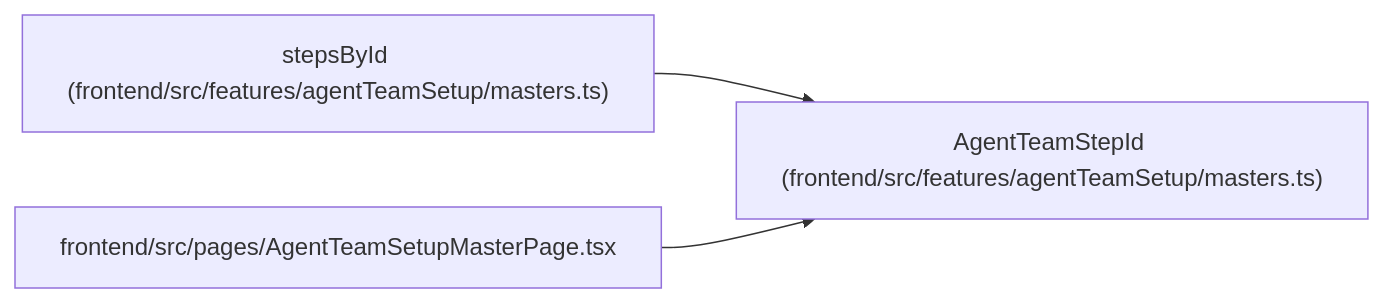
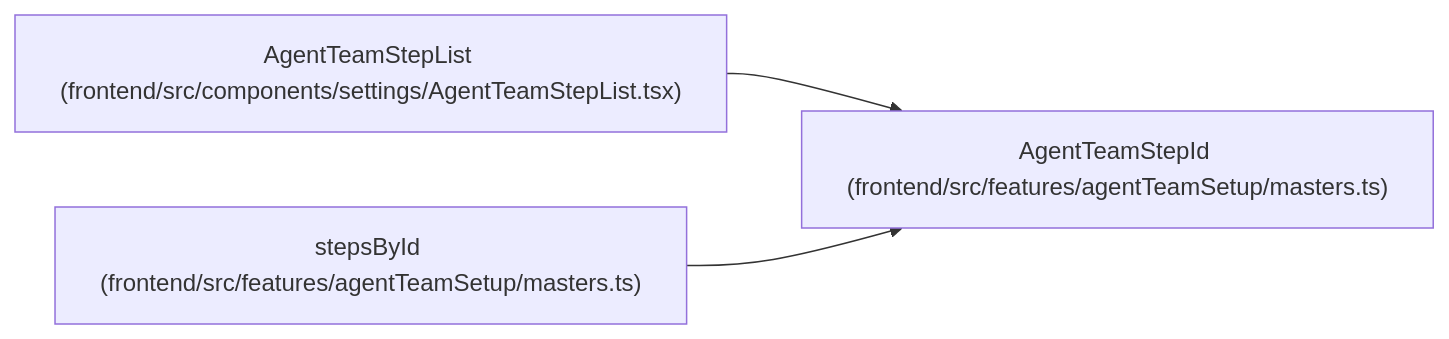
Before and after one commit to Denissvgn/WorkChord: the diagram in docs/llm_wiki/entities/AgentTeamStepId.md, drawn with Mermaid. The commit also changed other lines of this file and 2509 other files, not shown here.

````diff
--- a/docs/llm_wiki/entities/AgentTeamStepId.md
+++ b/docs/llm_wiki/entities/AgentTeamStepId.md
@@ -23,11 +23,11 @@
 ```mermaid
 flowchart LR
     n0["AgentTeamStepId (frontend/src/features/agentTeamSetup/masters.ts)"]
-    n1["stepsById (frontend/src/features/agentTeamSetup/masters.ts)"]
-    n2["frontend/src/pages/AgentTeamSetupMasterPage.tsx"]
+    n1["AgentTeamStepList (frontend/src/components/settings/AgentTeamStepList.tsx)"]
+    n2["stepsById (frontend/src/features/agentTeamSetup/masters.ts)"]
     n1 --> n0
     n2 --> n0
     click n0 "../modules/agentTeamSetup_masters.md"
-    click n1 "../modules/agentTeamSetup_masters.md"
-    click n2 "../modules/AgentTeamSetupMasterPage.md"
+    click n1 "../modules/AgentTeamStepList.md"
+    click n2 "../modules/agentTeamSetup_masters.md"
 ```
````
